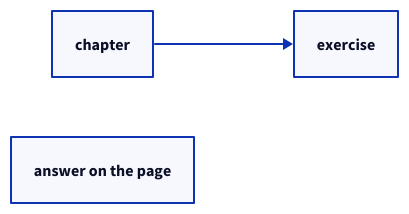
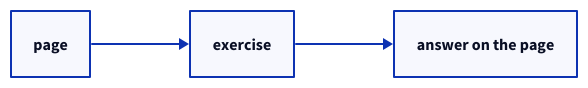
One commit to HaoZeke/what-easybuild-is-doing changed the diagram in source/_static/diagrams/exercises-2.d2. Above: the diagram before and after it, drawn with D2. The commit also changed 17 other files, not shown here.

First line of the commit message:
fix(book): leftover step labels, catalog C, and disconnected diagrams

```diff
--- a/source/_static/diagrams/exercises-2.d2
+++ b/source/_static/diagrams/exercises-2.d2
@@ -1,5 +1,6 @@
 direction: right
-n0: "chapter"
+n0: "page"
 n1: "exercise"
 n2: "answer on the page"
 n0 -> n1
+n1 -> n2
```
